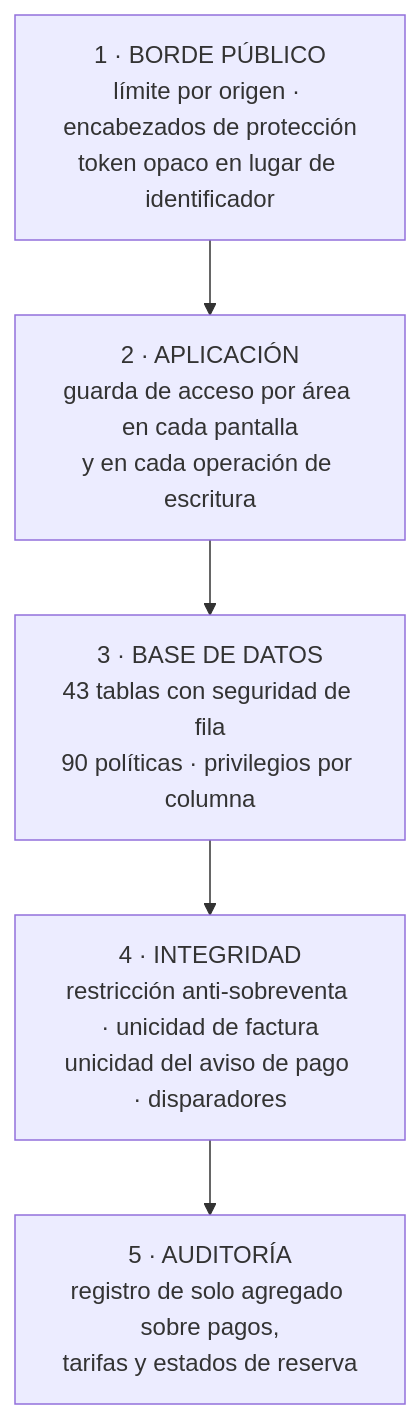
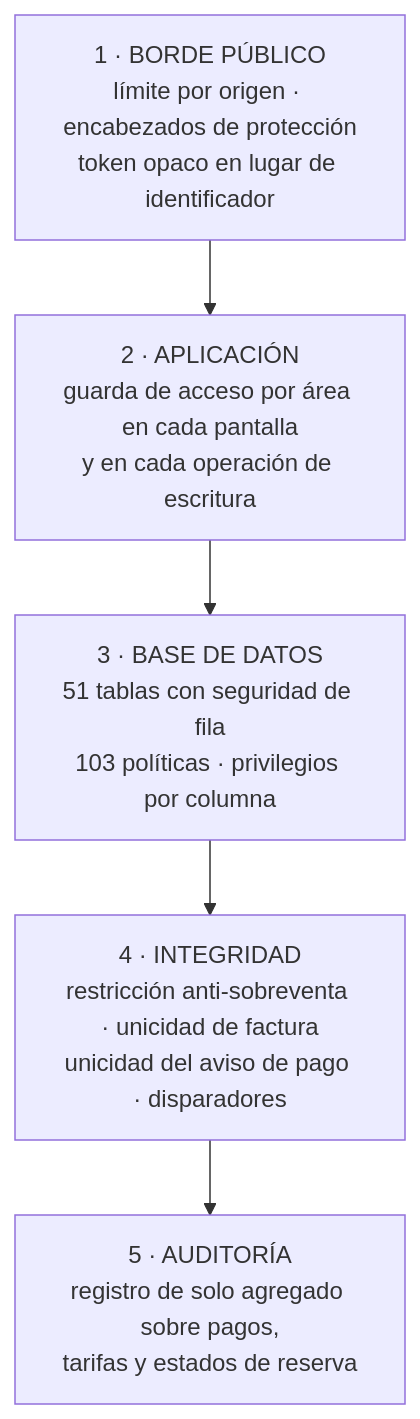
Diagram 29 of 29 in docs/tesis-completa.md (blanca-patagonia/BlancaPatagoniaHotelApp), drawn with Mermaid before and after one commit. The commit also changed other lines of this file and 32 other files, not shown here.

````diff
--- a/docs/tesis-completa.md
+++ b/docs/tesis-completa.md
@@ -3436,9 +3436,9 @@
 ```mermaid
 flowchart TB
     A["1 · BORDE PÚBLICO<br/>límite por origen · encabezados de protección<br/>token opaco en lugar de identificador"]
     B["2 · APLICACIÓN<br/>guarda de acceso por área en cada pantalla<br/>y en cada operación de escritura"]
-    C["3 · BASE DE DATOS<br/>43 tablas con seguridad de fila<br/>90 políticas · privilegios por columna"]
+    C["3 · BASE DE DATOS<br/>51 tablas con seguridad de fila<br/>103 políticas · privilegios por columna"]
     D["4 · INTEGRIDAD<br/>restricción anti-sobreventa · unicidad de factura<br/>unicidad del aviso de pago · disparadores"]
     E["5 · AUDITORÍA<br/>registro de solo agregado sobre pagos,<br/>tarifas y estados de reserva"]
     A --> B --> C --> D --> E
 ```
````
